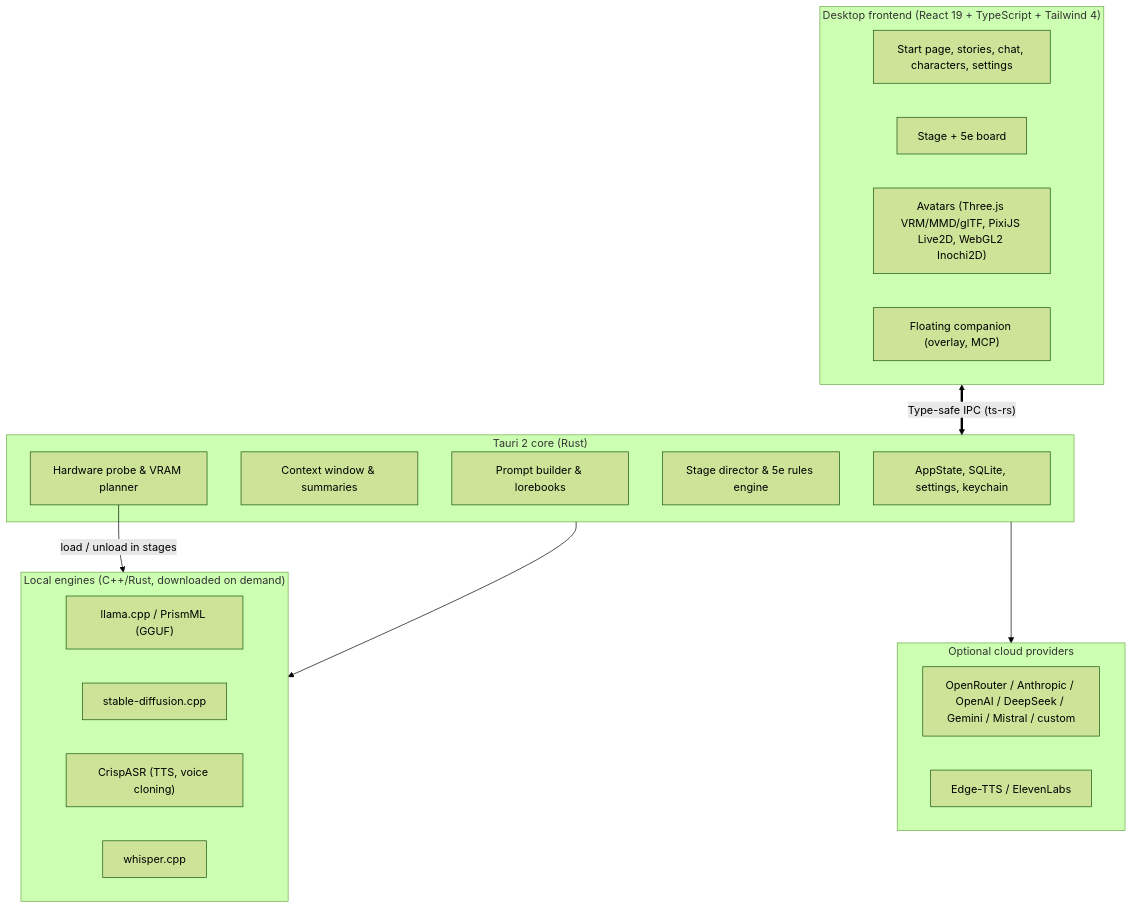
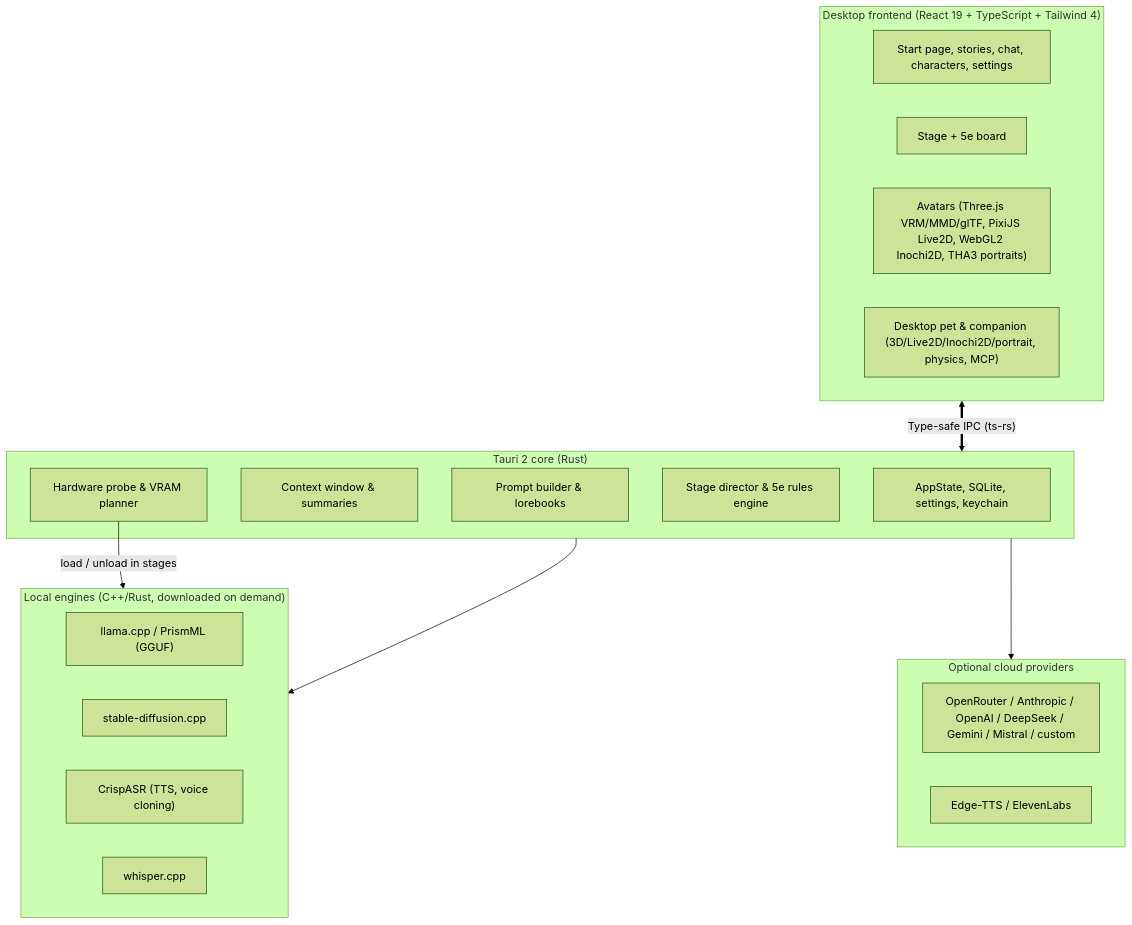
Before and after one commit to SnowwhiteOakheart/OtakuSoul: the first of 2 diagrams in README.md, drawn with Mermaid (forest theme). The commit also changed other lines of this file and 4 other files, not shown here.

````diff
--- a/README.md
+++ b/README.md
@@ -208,34 +208,34 @@
 ```mermaid
 flowchart TD
     subgraph Frontend["Desktop frontend (React 19 + TypeScript + Tailwind 4)"]
         UI["Start page, stories, chat, characters, settings"]
         StageUI["Stage + 5e board"]
-        AvatarUI["Avatars (Three.js VRM/MMD/glTF, PixiJS Live2D, WebGL2 Inochi2D)"]
-        CompanionUI["Floating companion (overlay, MCP)"]
+        AvatarUI["Avatars (Three.js VRM/MMD/glTF, PixiJS Live2D, WebGL2 Inochi2D, THA3 portraits)"]
+        CompanionUI["Desktop pet & companion (3D/Live2D/Inochi2D/portrait, physics, MCP)"]
     end
 
     subgraph TauriCore["Tauri 2 core (Rust)"]
         State["AppState, SQLite, settings, keychain"]
         ContextMgr["Context window & summaries"]
         PromptBuilder["Prompt builder & lorebooks"]
         Rules["Stage director & 5e rules engine"]
         HardwareSched["Hardware probe & VRAM planner"]
     end
 
     subgraph LocalEngines["Local engines (C++/Rust, downloaded on demand)"]
         Llama["llama.cpp / PrismML (GGUF)"]
         SD["stable-diffusion.cpp"]
         Crisp["CrispASR (TTS, voice cloning)"]
         Whisper["whisper.cpp"]
     end
 
     subgraph Cloud["Optional cloud providers"]
         CloudLLM["OpenRouter / Anthropic / OpenAI / DeepSeek / Gemini / Mistral / custom"]
         CloudTTS["Edge-TTS / ElevenLabs"]
     end
 
     Frontend <==>|"Type-safe IPC (ts-rs)"| TauriCore
     HardwareSched -->|"load / unload in stages"| LocalEngines
     TauriCore --> LocalEngines
     TauriCore --> Cloud
 ```
````
